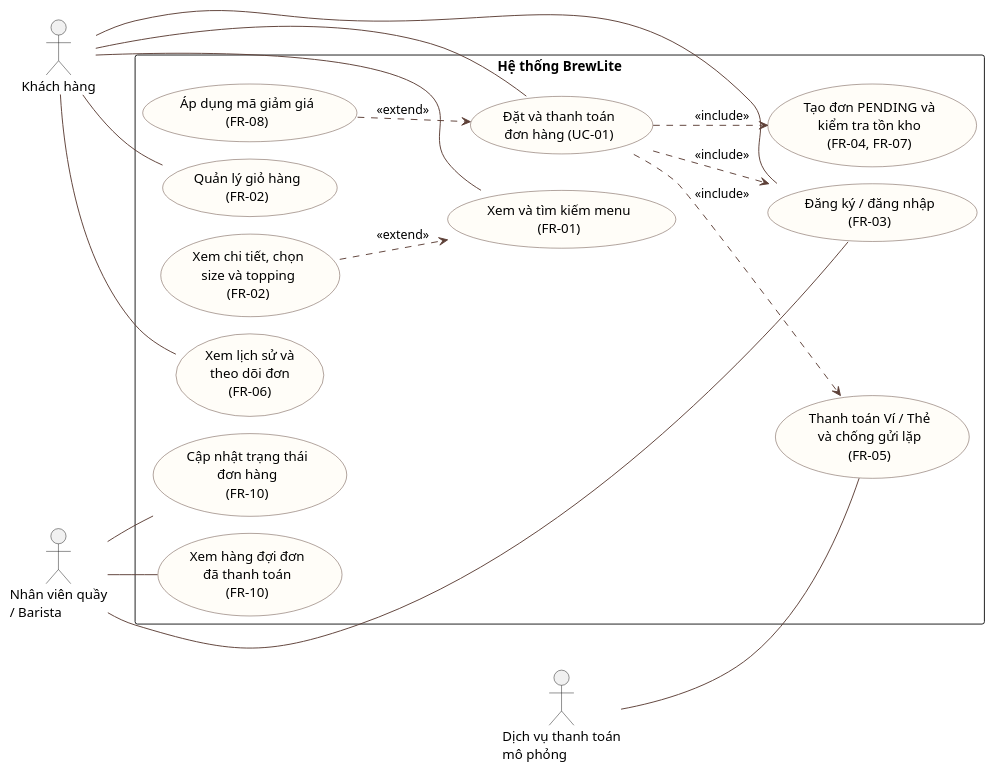
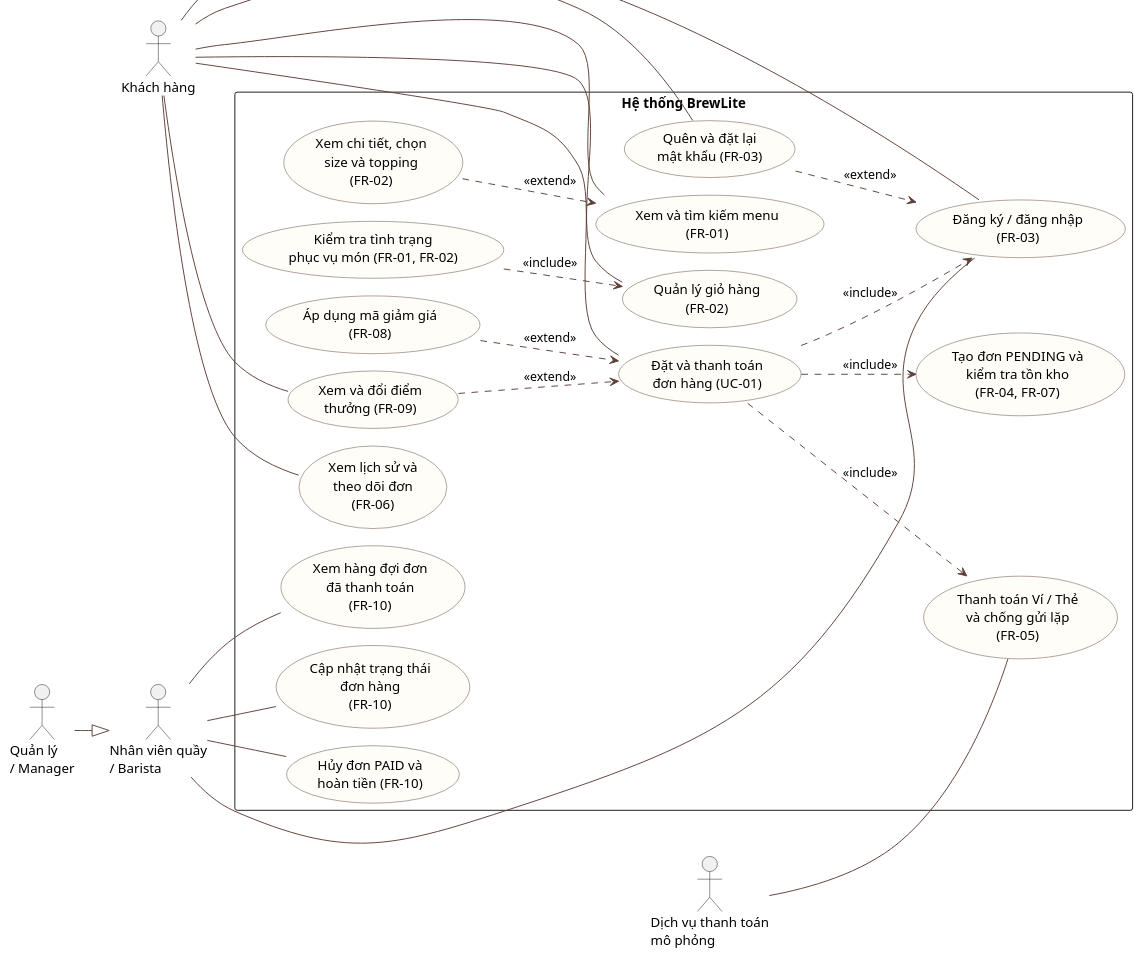
The diagram in docs/diagrams/usecase-tongquat.puml (giakhoi0123/Brewlite_swe_project2), drawn with PlantUML before and after one commit. The commit also changed 3 other files, not shown here.

```diff
--- a/docs/diagrams/usecase-tongquat.puml
+++ b/docs/diagrams/usecase-tongquat.puml
@@ -1,69 +1,74 @@
 @startuml
 !pragma layout smetana
 left to right direction
 
 skinparam shadowing false
 skinparam packageStyle rectangle
 skinparam defaultFontName "Noto Sans"
 
 skinparam usecase {
   BackgroundColor #FFFDF8
   BorderColor #5D4037
   ArrowColor #5D4037
 }
 
 actor "Khách hàng" as Customer
 actor "Nhân viên quầy\n/ Barista" as Barista
+actor "Quản lý\n/ Manager" as Manager
 actor "Dịch vụ thanh toán\nmô phỏng" as Gateway
+
+Manager --|> Barista
 
 rectangle "Hệ thống BrewLite" {
   usecase "Xem và tìm kiếm menu\n(FR-01)" as UC_Menu
-
   usecase "Xem chi tiết, chọn\nsize và topping\n(FR-02)" as UC_Detail
-
   usecase "Quản lý giỏ hàng\n(FR-02)" as UC_Cart
+  usecase "Kiểm tra tình trạng\nphục vụ món (FR-01, FR-02)" as UC_Availability
 
   usecase "Đăng ký / đăng nhập\n(FR-03)" as UC_Auth
+  usecase "Quên và đặt lại\nmật khẩu (FR-03)" as UC_Forgot
 
   usecase "Đặt và thanh toán\nđơn hàng (UC-01)" as UC_Checkout
-
   usecase "Tạo đơn PENDING và\nkiểm tra tồn kho\n(FR-04, FR-07)" as UC_Order
-
   usecase "Thanh toán Ví / Thẻ\nvà chống gửi lặp\n(FR-05)" as UC_Payment
-
   usecase "Áp dụng mã giảm giá\n(FR-08)" as UC_Promo
+  usecase "Xem và đổi điểm\nthưởng (FR-09)" as UC_Loyalty
 
   usecase "Xem lịch sử và\ntheo dõi đơn\n(FR-06)" as UC_History
 
   usecase "Xem hàng đợi đơn\nđã thanh toán\n(FR-10)" as UC_Queue
-
   usecase "Cập nhật trạng thái\nđơn hàng\n(FR-10)" as UC_Status
+  usecase "Hủy đơn PAID và\nhoàn tiền (FR-10)" as UC_CancelPaid
 }
 
-' Chức năng chính của khách hàng
+' Chức năng của khách hàng
 Customer -- UC_Menu
 Customer -- UC_Cart
 Customer -- UC_Auth
+Customer -- UC_Forgot
 Customer -- UC_Checkout
 Customer -- UC_History
+Customer -- UC_Loyalty
 
-' Chức năng của nhân viên quầy
+' Chức năng của nhân viên quầy & quản lý
 Barista -- UC_Auth
 Barista -- UC_Queue
 Barista -- UC_Status
+Barista -- UC_CancelPaid
 
 ' Hệ thống thanh toán bên ngoài
 Gateway -- UC_Payment
 
-' Xem chi tiết là hành vi tùy chọn khi xem menu
+' Quan hệ include / extend
 UC_Detail ..> UC_Menu : <<extend>>
+UC_Availability ..> UC_Cart : <<include>>
+UC_Forgot ..> UC_Auth : <<extend>>
 
-' Đặt hàng luôn cần xác thực, tạo đơn và thanh toán
 UC_Checkout ..> UC_Auth : <<include>>
 UC_Checkout ..> UC_Order : <<include>>
 UC_Checkout ..> UC_Payment : <<include>>
 
-' Mã giảm giá chỉ xuất hiện khi khách có sử dụng
 UC_Promo ..> UC_Checkout : <<extend>>
+UC_Loyalty ..> UC_Checkout : <<extend>>
 
 @enduml
```
